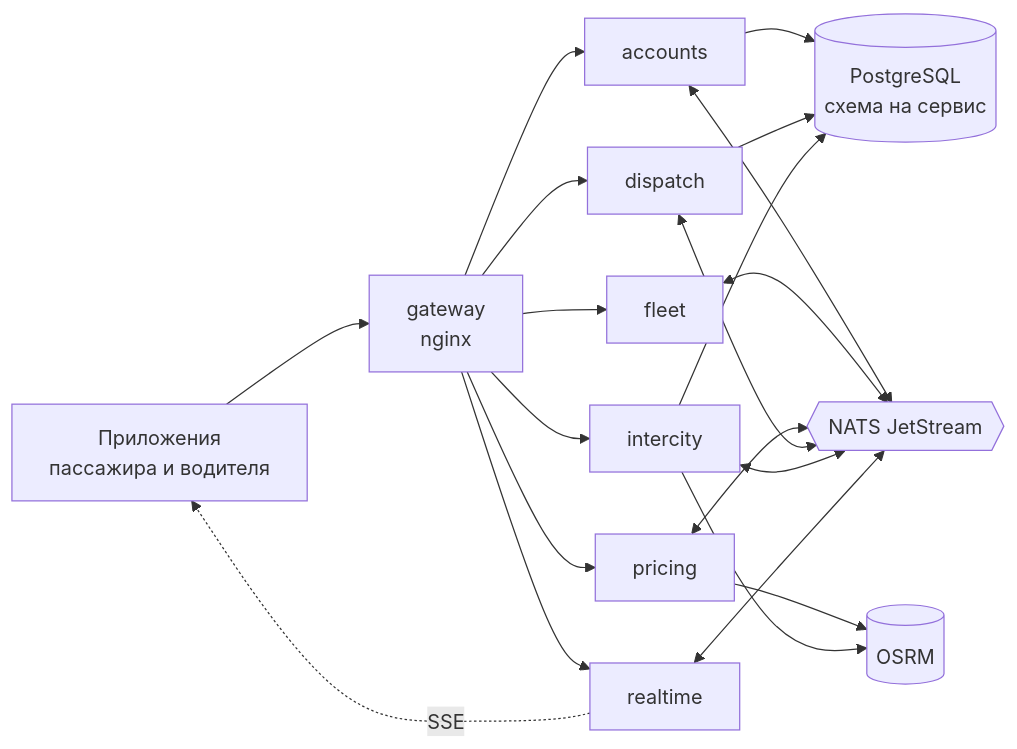
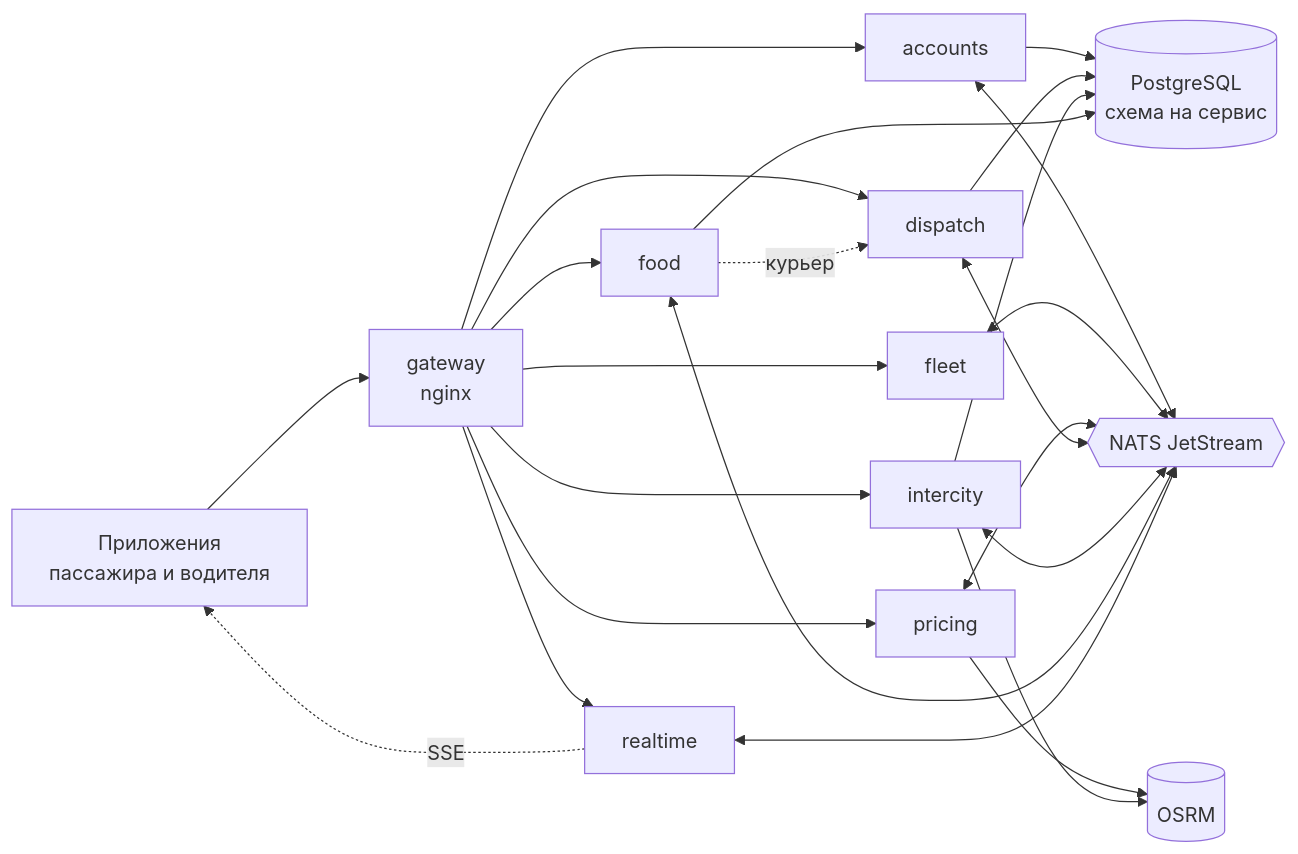
Before and after one commit to zhandos717/jol: the diagram in README.md, drawn with Mermaid. The commit also changed other lines of this file and 39 other files, not shown here.

````diff
--- a/README.md
+++ b/README.md
@@ -12,9 +12,10 @@
 ```mermaid
 flowchart LR
   WEB[Приложения<br/>пассажира и водителя] --> GW[gateway<br/>nginx]
-  GW --> ACC[accounts] & FLT[fleet] & PRC[pricing] & DSP[dispatch] & INT[intercity] & RT[realtime]
-  ACC & DSP & INT --> PG[(PostgreSQL<br/>схема на сервис)]
+  GW --> ACC[accounts] & FLT[fleet] & PRC[pricing] & DSP[dispatch] & INT[intercity] & FOOD[food] & RT[realtime]
+  ACC & DSP & INT & FOOD --> PG[(PostgreSQL<br/>схема на сервис)]
   PRC & INT --> OSRM[(OSRM)]
-  ACC & FLT & PRC & DSP & INT & RT <--> NATS{{NATS JetStream}}
+  ACC & FLT & PRC & DSP & INT & FOOD & RT <--> NATS{{NATS JetStream}}
+  FOOD -. курьер .-> DSP
   RT -. SSE .-> WEB
 ```
````
